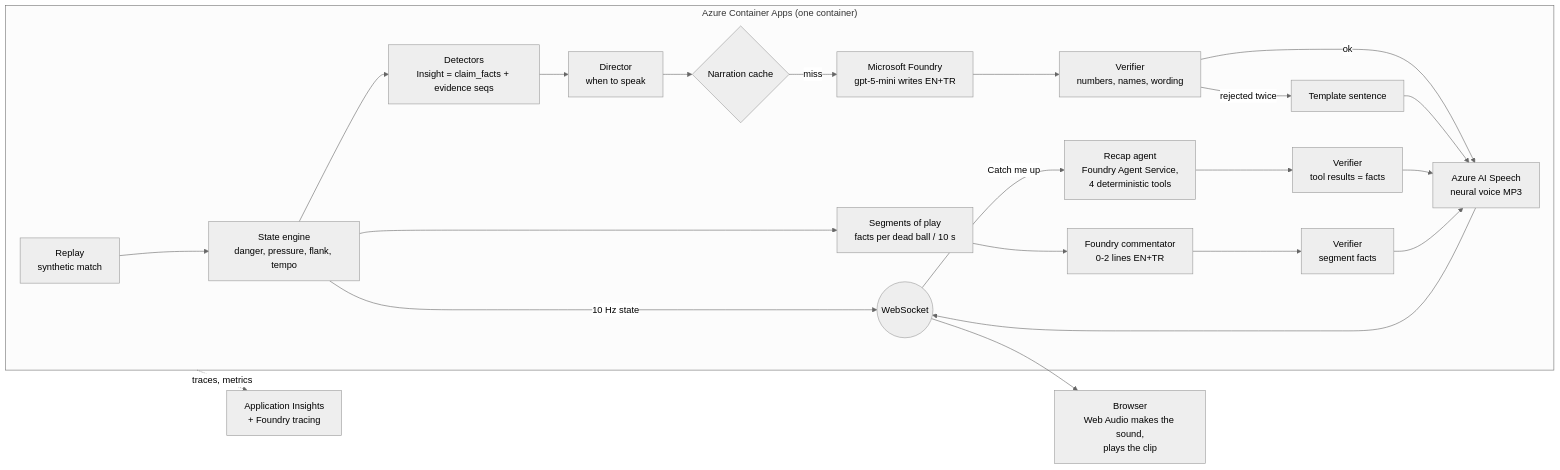
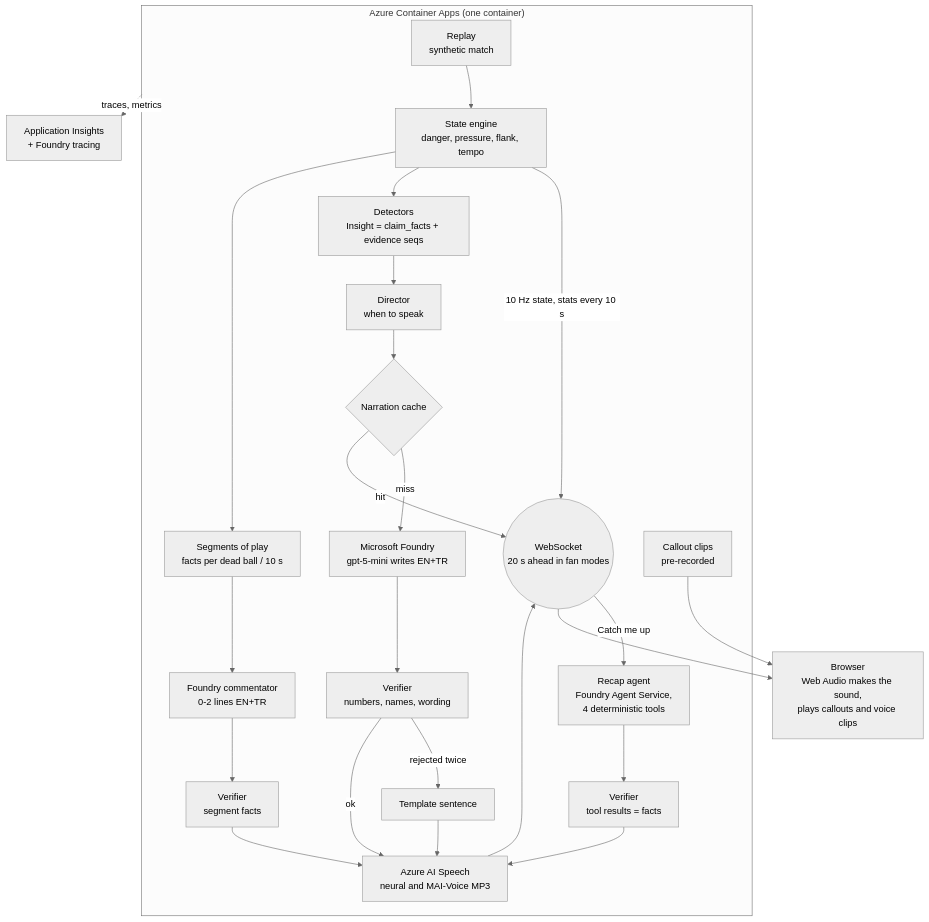
The diagram in README.md (klckerim/hear-the-game), drawn with Mermaid (neutral theme) before and after one commit. The commit also changed other lines of this file, not shown here.

````diff
--- a/README.md
+++ b/README.md
@@ -55,24 +125,27 @@
 ```mermaid
-flowchart LR
+flowchart TB
   subgraph Server["Azure Container Apps (one container)"]
     R[Replay<br/>synthetic match] --> S[State engine<br/>danger, pressure, flank, tempo]
-    S -->|10 Hz state| WS((WebSocket))
+    S -->|10 Hz state, stats every 10 s| WS((WebSocket<br/>20 s ahead in fan modes))
     S --> D[Detectors<br/>Insight = claim_facts + evidence seqs]
     D --> DIR[Director<br/>when to speak]
     DIR --> C{Narration cache}
     C -- miss --> F[Microsoft Foundry<br/>gpt-5-mini writes EN+TR]
     F --> V[Verifier<br/>numbers, names, wording]
     V -- rejected twice --> T[Template sentence]
-    V -- ok --> SP[Azure AI Speech<br/>neural voice MP3]
+    V -- ok --> SP[Azure AI Speech<br/>neural and MAI-Voice MP3]
+    C -- hit --> WS
     T --> SP
     SP --> WS
     WS -- Catch me up --> RA[Recap agent<br/>Foundry Agent Service,<br/>4 deterministic tools]
     RA --> RV[Verifier<br/>tool results = facts]
     RV --> SP
     S --> SEG[Segments of play<br/>facts per dead ball / 10 s]
     SEG --> CM[Foundry commentator<br/>0-2 lines EN+TR]
     CM --> CV[Verifier<br/>segment facts] --> SP
+    CO[Callout clips<br/>pre-recorded]
   end
-  WS --> B[Browser<br/>Web Audio makes the sound,<br/>plays the clip]
+  WS --> B[Browser<br/>Web Audio makes the sound,<br/>plays callouts and voice clips]
+  CO --> B
   Server -. traces, metrics .-> AI[Application Insights<br/>+ Foundry tracing]
 ```
````
